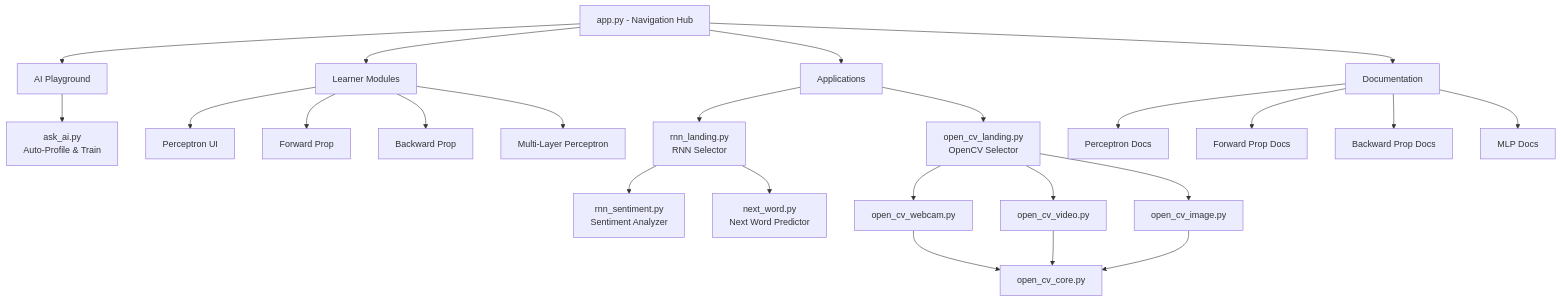
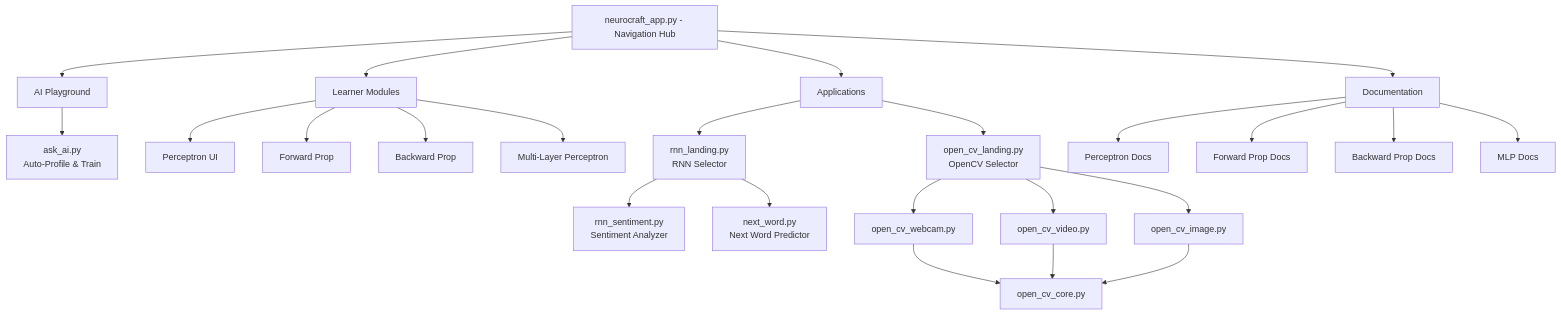
One commit to akshat24code/neurocraft changed the first of 2 diagrams in README.md. Above: the diagram before and after it, drawn with Mermaid. The commit also changed other lines of this file, not shown here.

Commit message:
Update README to use neurocraft_app.py entrypoint

````diff
--- a/README.md
+++ b/README.md
@@ -129,33 +129,33 @@
 ```mermaid
 flowchart TB
-    A[app.py - Navigation Hub] --> AI[AI Playground]
+    A[neurocraft_app.py - Navigation Hub] --> AI[AI Playground]
     A --> L[Learner Modules]
     A --> APP[Applications]
     A --> DOC[Documentation]
     
     AI --> ASKAI[ask_ai.py<br/>Auto-Profile & Train]
     
     L --> PERC[Perceptron UI]
     L --> FWD[Forward Prop]
     L --> BWD[Backward Prop]
     L --> MLP[Multi-Layer Perceptron]
     
     APP --> RNNLAND[rnn_landing.py<br/>RNN Selector]
     APP --> OPENCVLAND[open_cv_landing.py<br/>OpenCV Selector]
     
     RNNLAND --> SENTIMENT[rnn_sentiment.py<br/>Sentiment Analyzer]
     RNNLAND --> NEXTWORD[next_word.py<br/>Next Word Predictor]
     
     OPENCVLAND --> WEBCAM[open_cv_webcam.py]
     OPENCVLAND --> VIDEO[open_cv_video.py]
     OPENCVLAND --> IMAGE[open_cv_image.py]
     
     WEBCAM --> DETECT[open_cv_core.py]
     VIDEO --> DETECT
     IMAGE --> DETECT
     
     DOC --> PERDOCS[Perceptron Docs]
     DOC --> FWDDOCS[Forward Prop Docs]
     DOC --> BWDDOCS[Backward Prop Docs]
     DOC --> MLPDOCS[MLP Docs]
 ```
````
